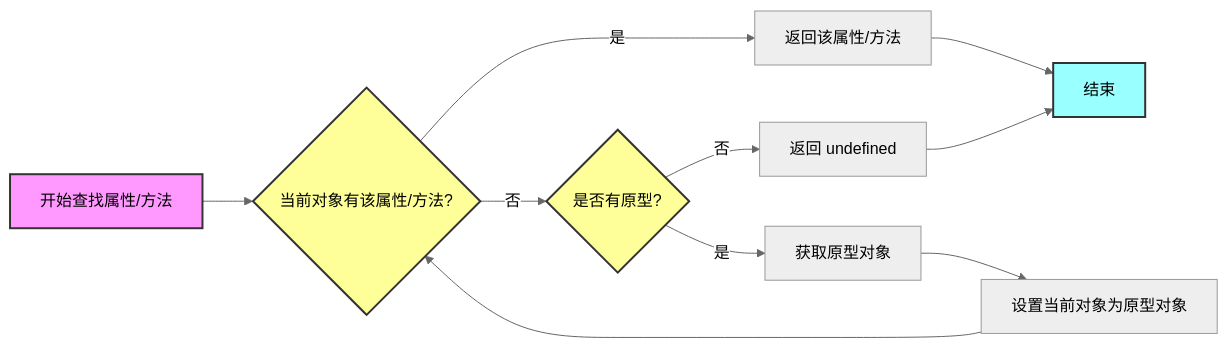
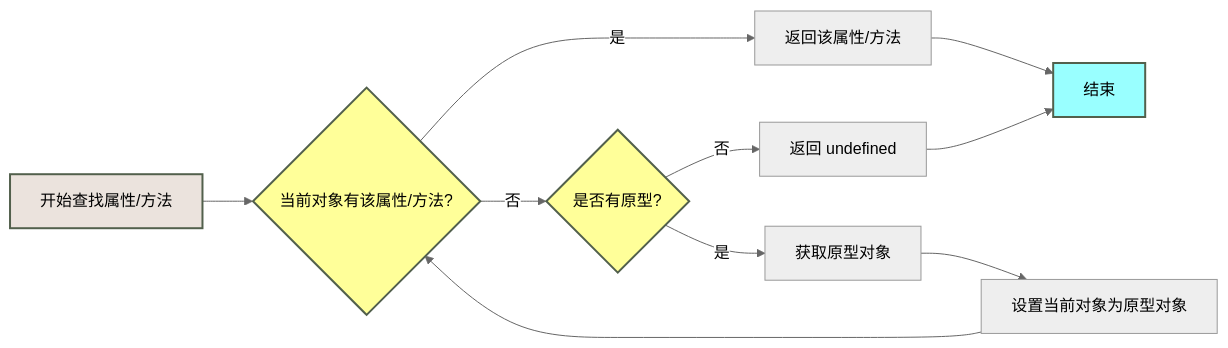
One commit to yaklang/ssa.to changed the fifth of 12 diagrams in static-analysis-guide/deep-dive-into-ssa-oop.mdx. Above: the diagram before and after it, drawn with Mermaid (neutral theme). The commit also changed other lines of this file and 91 other files, not shown here.

````diff
--- a/static-analysis-guide/deep-dive-into-ssa-oop.mdx
+++ b/static-analysis-guide/deep-dive-into-ssa-oop.mdx
@@ -665,17 +673,17 @@
 ```mermaid
 flowchart LR
   A[开始查找属性/方法] --> B{当前对象有该属性/方法?}
   B -->|是| C[返回该属性/方法]
   B -->|否| D{是否有原型?}
   D -->|是| E[获取原型对象]
   E --> F[设置当前对象为原型对象]
   F --> B
   D -->|否| G[返回 undefined]
   C --> H[结束]
   G --> H
   
-  style A fill:#f9f,stroke:#333,stroke-width:2px
-  style H fill:#9ff,stroke:#333,stroke-width:2px
-  style B fill:#ff9,stroke:#333,stroke-width:2px
-  style D fill:#ff9,stroke:#333,stroke-width:2px
+  style A fill:#ebe3dd,stroke:#52604c,stroke-width:2px
+  style H fill:#9ff,stroke:#52604c,stroke-width:2px
+  style B fill:#ff9,stroke:#52604c,stroke-width:2px
+  style D fill:#ff9,stroke:#52604c,stroke-width:2px
 ```
````
